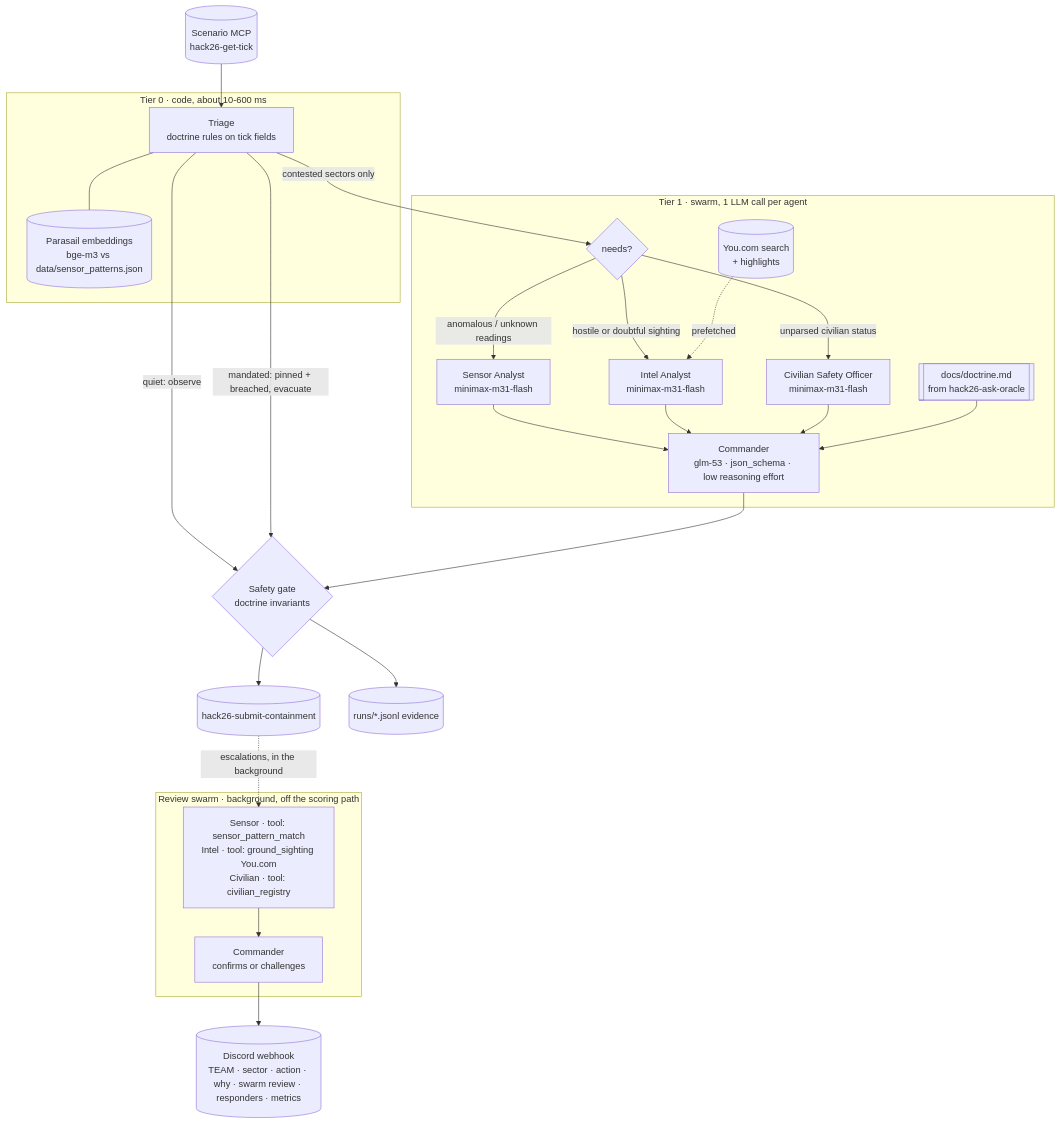
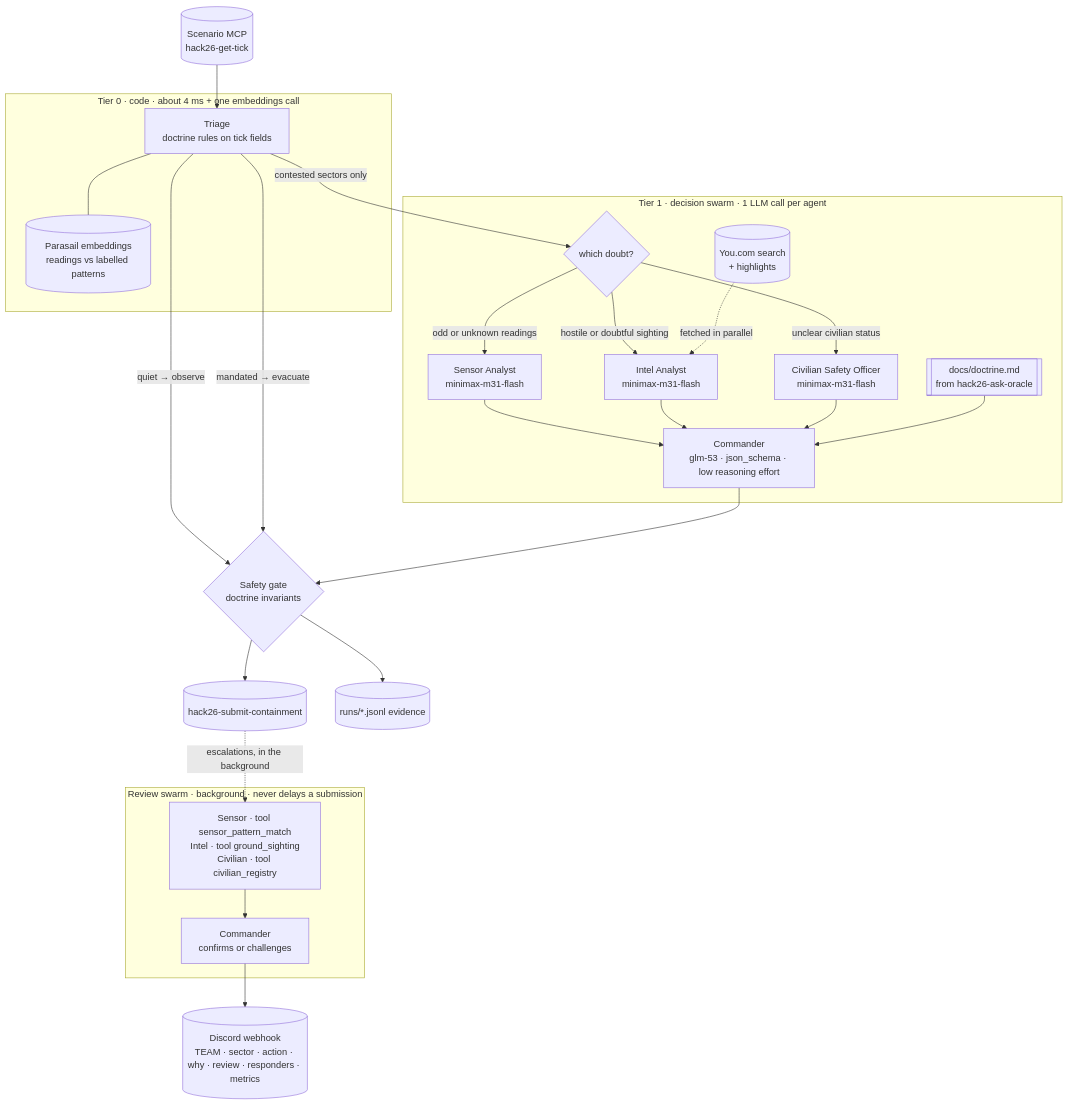
One commit to ghopgaurav/halloween-swarm changed the diagram in README.md. Above: the diagram before and after it, drawn with Mermaid. The commit also changed other lines of this file, not shown here.

Commit message:
README: results, measured latency, how embeddings work, what each LLM sees, FAQ, layout

````diff
--- a/README.md
+++ b/README.md
@@ -14,28 +29,28 @@
 ```mermaid
 flowchart TD
     feed[(Scenario MCP<br/>hack26-get-tick)] --> triage
-    subgraph T0[Tier 0 · code, about 10-600 ms]
-        triage[Triage<br/>doctrine rules on tick fields] --- emb[(Parasail embeddings<br/>bge-m3 vs data/sensor_patterns.json)]
+    subgraph T0[Tier 0 · code · about 4 ms + one embeddings call]
+        triage[Triage<br/>doctrine rules on tick fields] --- emb[(Parasail embeddings<br/>readings vs labelled patterns)]
     end
-    triage -->|quiet: observe| gate
-    triage -->|mandated: pinned + breached, evacuate| gate
-    triage -->|contested sectors only| route{needs?}
-    subgraph T1[Tier 1 · swarm, 1 LLM call per agent]
-        route -->|anomalous / unknown readings| sensor[Sensor Analyst<br/>minimax-m31-flash]
+    triage -->|quiet → observe| gate
+    triage -->|mandated → evacuate| gate
+    triage -->|contested sectors only| route{which doubt?}
+    subgraph T1[Tier 1 · decision swarm · 1 LLM call per agent]
+        route -->|odd or unknown readings| sensor[Sensor Analyst<br/>minimax-m31-flash]
         route -->|hostile or doubtful sighting| intel[Intel Analyst<br/>minimax-m31-flash]
-        route -->|unparsed civilian status| civ[Civilian Safety Officer<br/>minimax-m31-flash]
-        you[(You.com search<br/>+ highlights)] -.prefetched.-> intel
+        route -->|unclear civilian status| civ[Civilian Safety Officer<br/>minimax-m31-flash]
+        you[(You.com search<br/>+ highlights)] -.fetched in parallel.-> intel
         sensor --> cmd[Commander<br/>glm-53 · json_schema · low reasoning effort]
         intel --> cmd
         civ --> cmd
         doctrine[[docs/doctrine.md<br/>from hack26-ask-oracle]] --> cmd
     end
     cmd --> gate{Safety gate<br/>doctrine invariants}
     gate --> submit[(hack26-submit-containment)]
     submit -.escalations, in the background.-> review
-    subgraph T2[Review swarm · background, off the scoring path]
-        review[Sensor · tool: sensor_pattern_match<br/>Intel · tool: ground_sighting You.com<br/>Civilian · tool: civilian_registry] --> rcmd[Commander<br/>confirms or challenges]
+    subgraph T2[Review swarm · background · never delays a submission]
+        review[Sensor · tool sensor_pattern_match<br/>Intel · tool ground_sighting<br/>Civilian · tool civilian_registry] --> rcmd[Commander<br/>confirms or challenges]
     end
-    rcmd --> discord[(Discord webhook<br/>TEAM · sector · action · why · swarm review · responders · metrics)]
+    rcmd --> discord[(Discord webhook<br/>TEAM · sector · action · why · review · responders · metrics)]
     gate --> log[(runs/*.jsonl evidence)]
 ```
````
